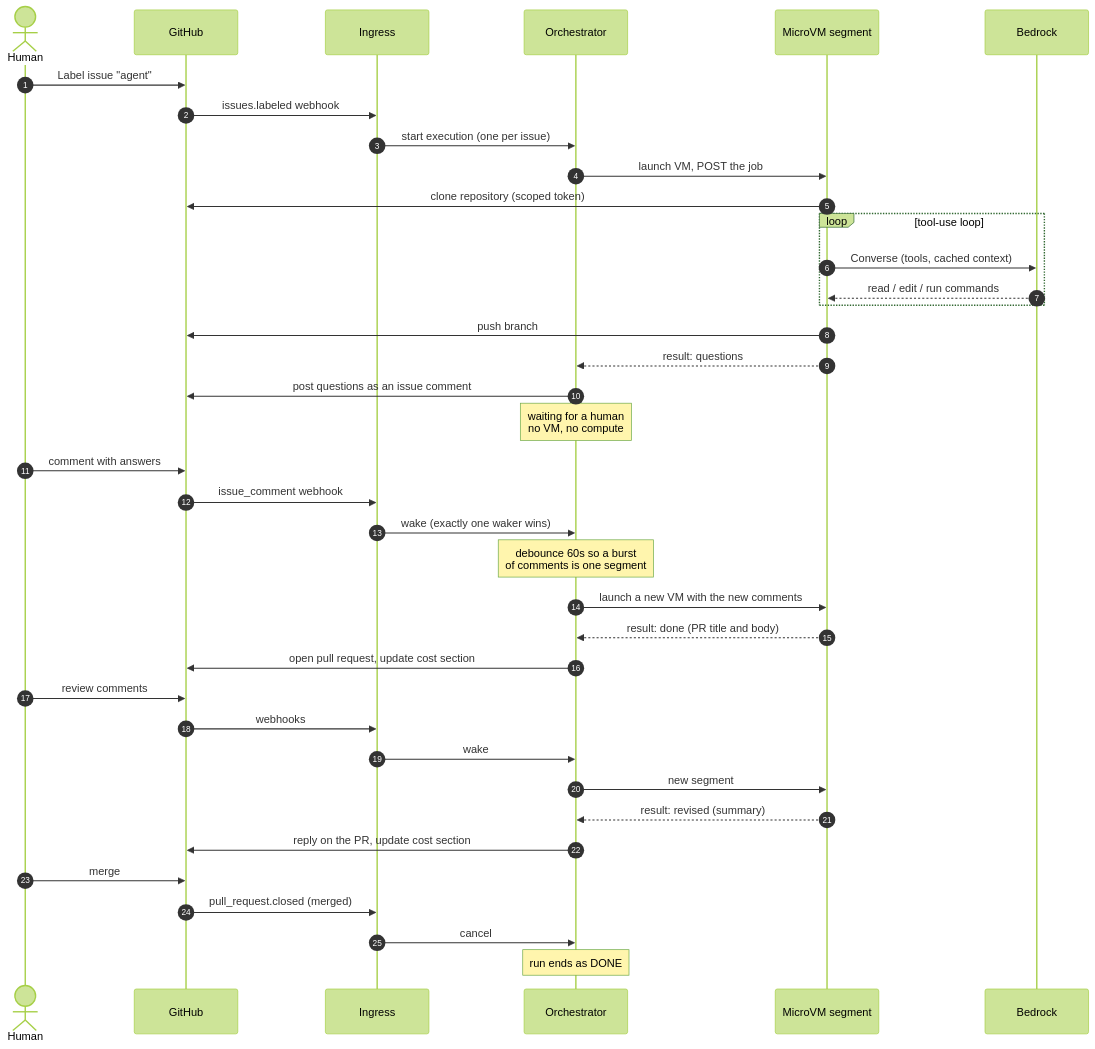
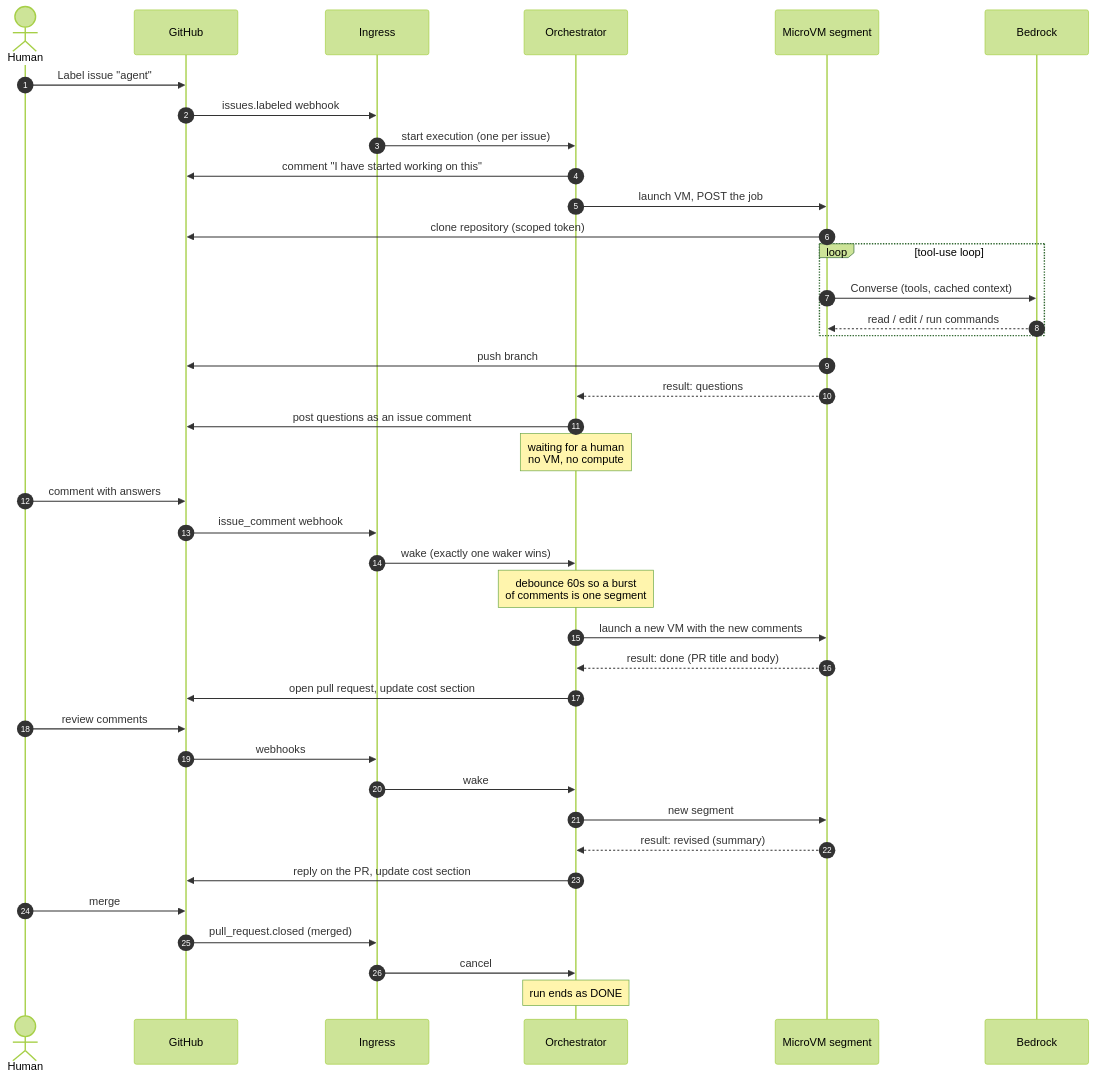
Before and after one commit to mbonig/ai-developer-agent: the second of 8 diagrams in README.md, drawn with Mermaid (forest theme). The commit also changed other lines of this file and 39 other files, not shown here.

First line of the commit message:
Turn-limit continue, robust compaction, Claude Code backend, Workflows permission, started comment (#2)

````diff
--- a/README.md
+++ b/README.md
@@ -86,41 +87,42 @@
 ```mermaid
 sequenceDiagram
     autonumber
     actor H as Human
     participant GH as GitHub
     participant IN as Ingress
     participant OR as Orchestrator
     participant VM as MicroVM segment
     participant BR as Bedrock
 
     H->>GH: Label issue "agent"
     GH->>IN: issues.labeled webhook
     IN->>OR: start execution (one per issue)
+    OR->>GH: comment "I have started working on this"
     OR->>VM: launch VM, POST the job
     VM->>GH: clone repository (scoped token)
     loop tool-use loop
         VM->>BR: Converse (tools, cached context)
         BR-->>VM: read / edit / run commands
     end
     VM->>GH: push branch
     VM-->>OR: result: questions
     OR->>GH: post questions as an issue comment
     Note over OR: waiting for a human<br/>no VM, no compute
     H->>GH: comment with answers
     GH->>IN: issue_comment webhook
     IN->>OR: wake (exactly one waker wins)
     Note over OR: debounce 60s so a burst<br/>of comments is one segment
     OR->>VM: launch a new VM with the new comments
     VM-->>OR: result: done (PR title and body)
     OR->>GH: open pull request, update cost section
     H->>GH: review comments
     GH->>IN: webhooks
     IN->>OR: wake
     OR->>VM: new segment
     VM-->>OR: result: revised (summary)
     OR->>GH: reply on the PR, update cost section
     H->>GH: merge
     GH->>IN: pull_request.closed (merged)
     IN->>OR: cancel
     Note over OR: run ends as DONE
 ```
````
